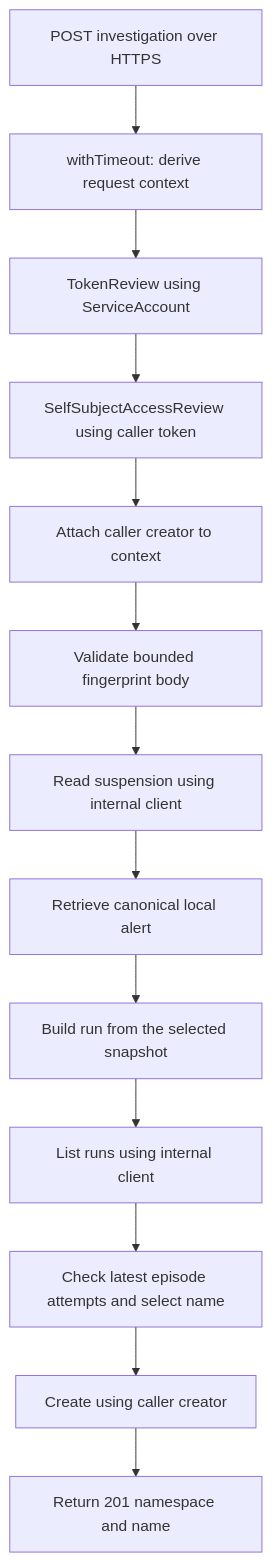
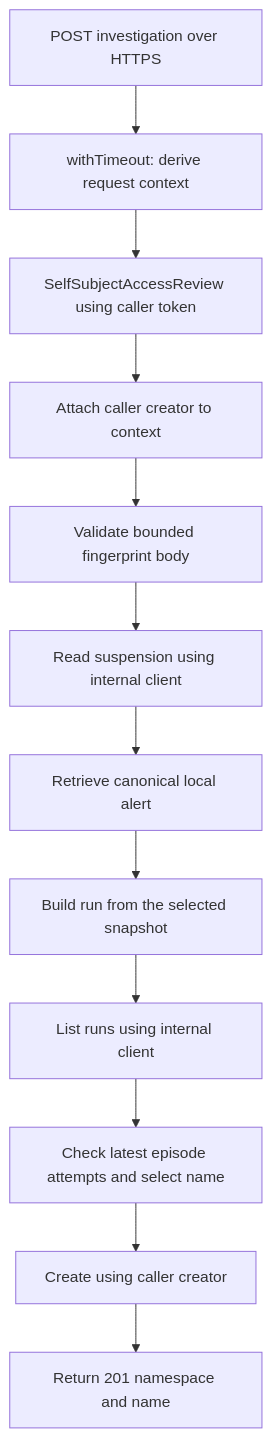
Before and after one commit to openshift/lightspeed-agentic-alerts-adapter: the second of 2 diagrams in .ai/spec/how/reconcile-flow.md, drawn with Mermaid. The commit also changed other lines of this file and 10 other files, not shown here.

First line of the commit message:
refactor: drop TokenReview and skip investigation server without local target

````diff
--- a/.ai/spec/how/reconcile-flow.md
+++ b/.ai/spec/how/reconcile-flow.md
@@ -52,15 +52,14 @@
 ```mermaid
 flowchart TD
     Request[POST investigation over HTTPS] --> Deadline[withTimeout: derive request context]
-    Deadline --> Token[TokenReview using ServiceAccount]
-    Token --> Access[SelfSubjectAccessReview using caller token]
+    Deadline --> Access[SelfSubjectAccessReview using caller token]
     Access --> Creator[Attach caller creator to context]
     Creator --> Parse[Validate bounded fingerprint body]
     Parse --> Suspension[Read suspension using internal client]
     Suspension --> Alert[Retrieve canonical local alert]
     Alert --> Build[Build run from the selected snapshot]
     Build --> List[List runs using internal client]
     List --> Name[Check latest episode attempts and select name]
     Name --> Create[Create using caller creator]
     Create --> Response[Return 201 namespace and name]
 ```
````
